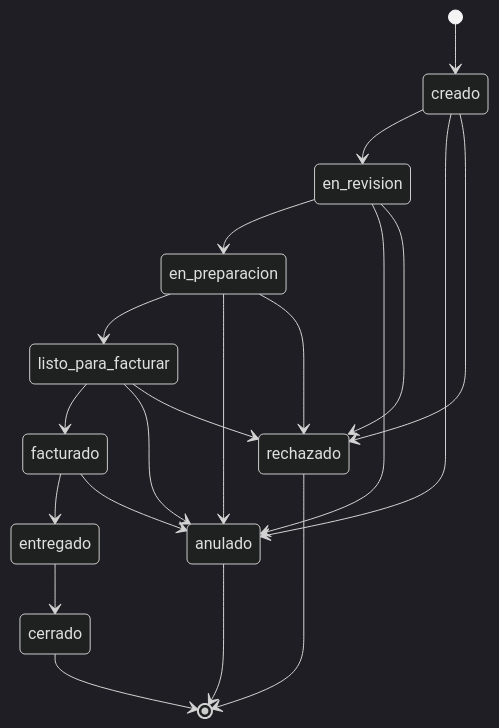
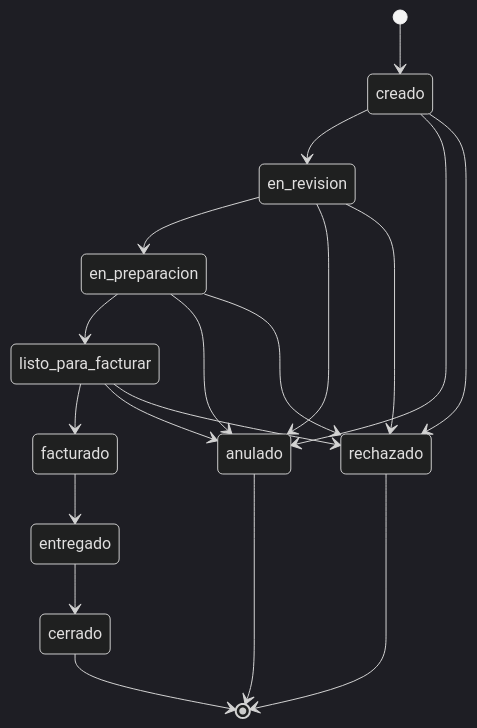
Before and after one commit to Santir9515/majito: the first of 2 diagrams in docs/Majito_Esquema_Base_de_Datos_V2.md, drawn with Mermaid (dark theme). The commit also changed other lines of this file and 3 other files, not shown here.

````diff
--- a/docs/Majito_Esquema_Base_de_Datos_V2.md
+++ b/docs/Majito_Esquema_Base_de_Datos_V2.md
@@ -85,24 +85,23 @@
 ```mermaid
 stateDiagram-v2
     [*] --> creado
     creado --> en_revision
     en_revision --> en_preparacion
     en_preparacion --> listo_para_facturar
     listo_para_facturar --> facturado
     facturado --> entregado
     entregado --> cerrado
     cerrado --> [*]
 
     creado --> anulado
     en_revision --> anulado
     en_preparacion --> anulado
     listo_para_facturar --> anulado
-    facturado --> anulado
     anulado --> [*]
 
     creado --> rechazado
     en_revision --> rechazado
     en_preparacion --> rechazado
     listo_para_facturar --> rechazado
     rechazado --> [*]
 ```
````
